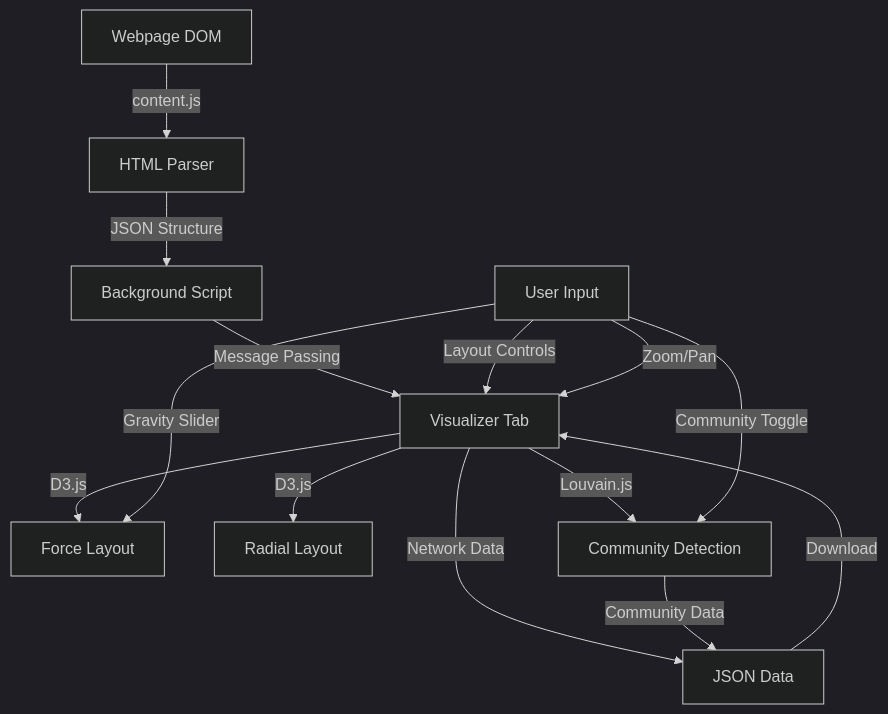
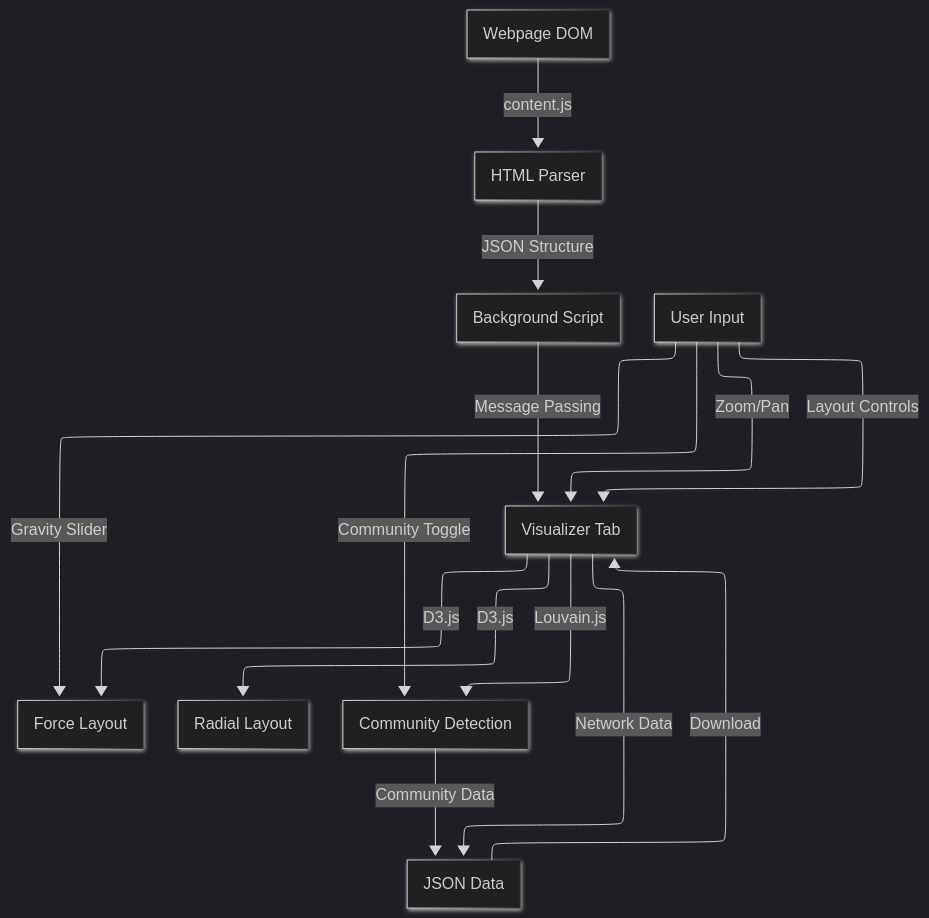
One commit to Pi-0r-Tau/HTML_To_JSON_Network_Mapper changed the diagram in README.md. Above: the diagram before and after it, drawn with Mermaid.

Commit message:
Mermaid chart layout update for clarity

````diff
--- a/README.md
+++ b/README.md
@@ -9,22 +9,23 @@
 ```mermaid
 ---
 config:
-  layout: fixed
   theme: dark
-  look: classic
+  look: neo
+  layout: elk
 ---
 flowchart TD
     A["Webpage DOM"] -- "content.js" --> B["HTML Parser"]
     B -- JSON Structure --> C["Background Script"]
     C -- Message Passing --> D["Visualizer Tab"]
     D -- "D3.js" --> E["Force Layout"] & F["Radial Layout"]
     D -- "Louvain.js" --> G["Community Detection"]
     H["User Input"] -- Layout Controls --> D
     H -- Gravity Slider --> E
     H -- Community Toggle --> G
     H -- Zoom/Pan --> D
     I["JSON Data"] -- Download --> D
     D -- Network Data --> I
     G -- Community Data --> I
 
+
 ```
````
